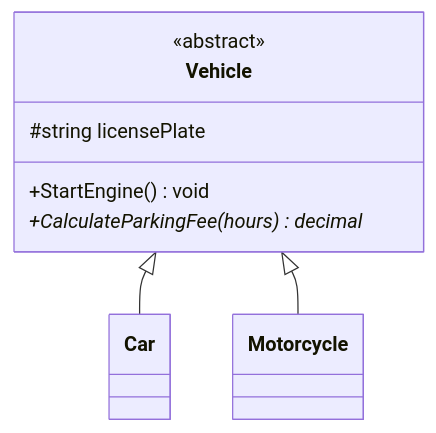
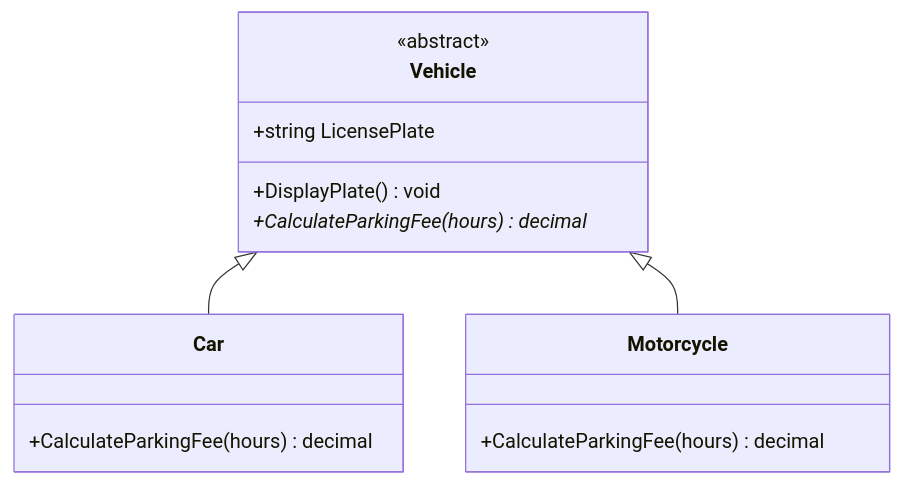
One commit to tushardongre1990/LLD-Claude changed the fifth of 6 diagrams in 00-Foundations/01-OOP-Basics/notes.md. Above: the diagram before and after it, drawn with Mermaid. The commit also changed other lines of this file and 9 other files, not shown here.

````diff
--- a/00-Foundations/01-OOP-Basics/notes.md
+++ b/00-Foundations/01-OOP-Basics/notes.md
@@ -125,13 +198,17 @@
 ```mermaid
 classDiagram
     class Vehicle {
         <<abstract>>
-        #string licensePlate
-        +StartEngine() void
+        +string LicensePlate
+        +DisplayPlate() void
         +CalculateParkingFee(hours)* decimal
     }
-    class Car
-    class Motorcycle
+    class Car {
+        +CalculateParkingFee(hours) decimal
+    }
+    class Motorcycle {
+        +CalculateParkingFee(hours) decimal
+    }
     Vehicle <|-- Car
     Vehicle <|-- Motorcycle
 ```
````
